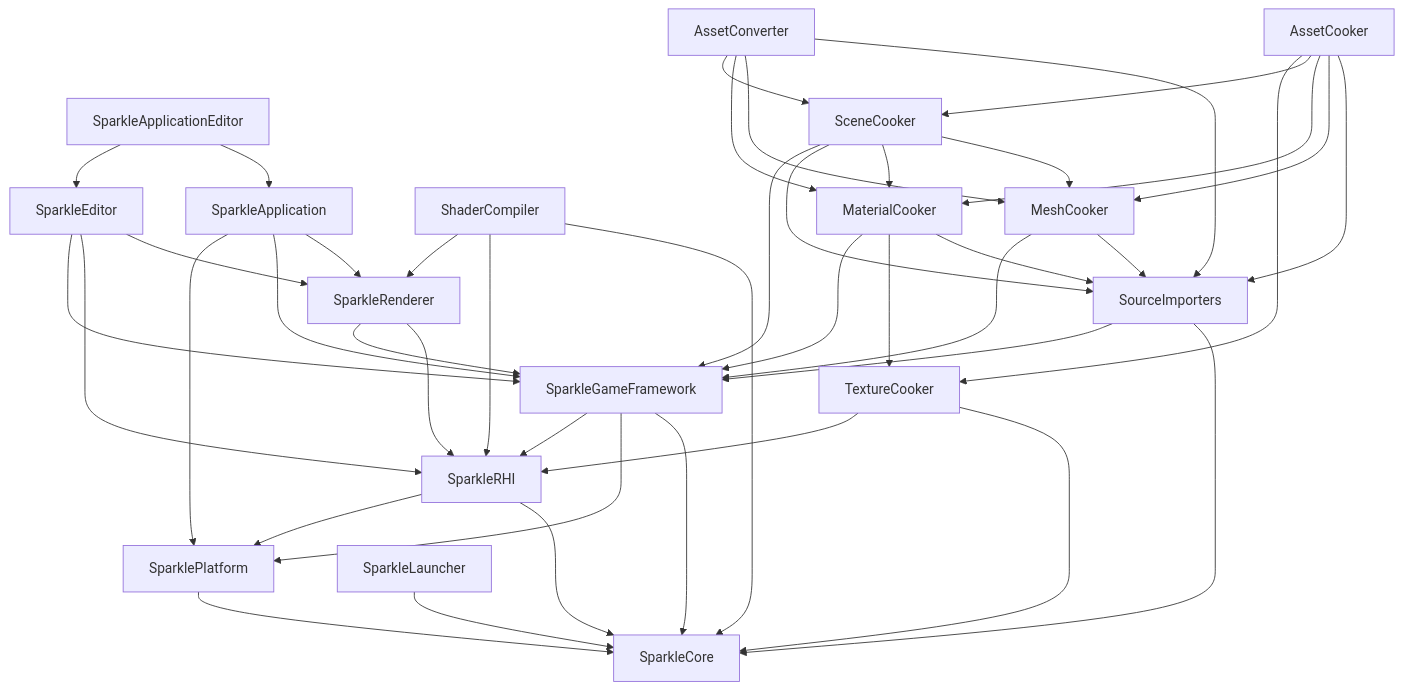
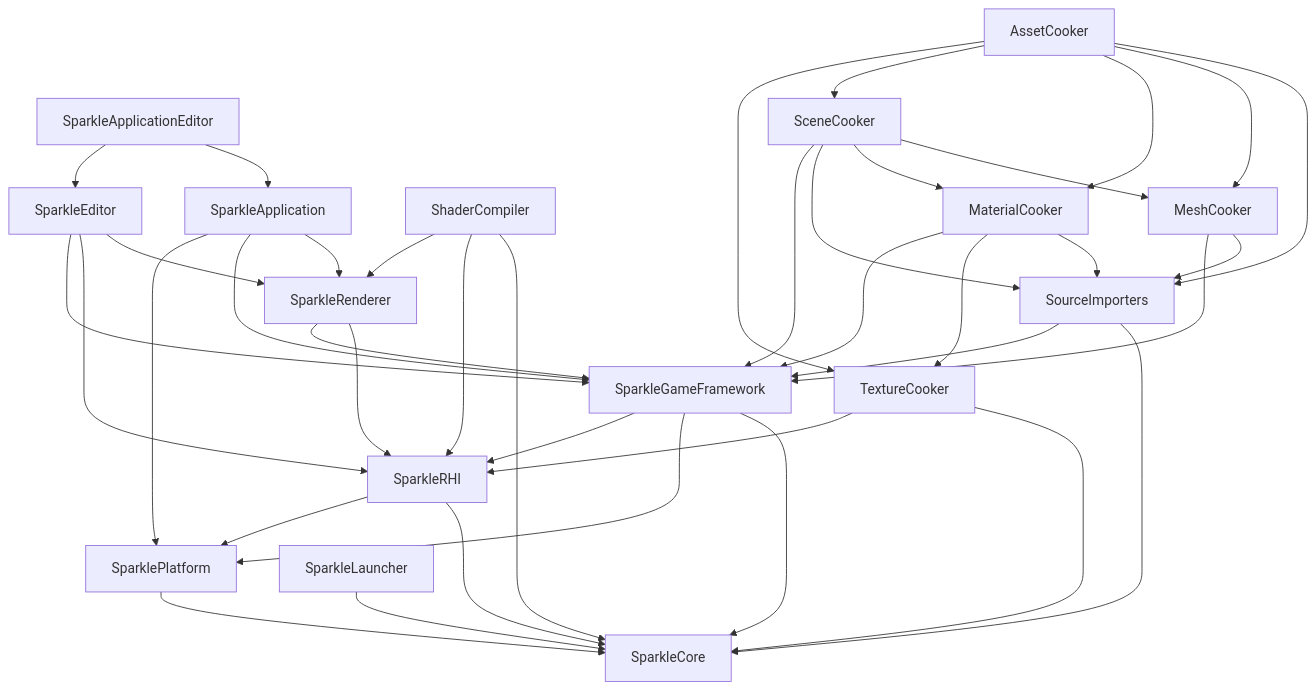
Before and after one commit to stoleckipawel/SparkleEngine: the diagram in docs/architecture/repository-system-map.md, drawn with Mermaid. The commit also changed other lines of this file and 31 other files, not shown here.

````diff
--- a/docs/architecture/repository-system-map.md
+++ b/docs/architecture/repository-system-map.md
@@ -66,65 +67,60 @@
 ```mermaid
 flowchart TD
     Core[SparkleCore]
     Platform[SparklePlatform]
     RHI[SparkleRHI]
     Renderer[SparkleRenderer]
     Game[SparkleGameFramework]
     Editor[SparkleEditor]
     App[SparkleApplication]
     AppEditor[SparkleApplicationEditor]
 
     Launcher[SparkleLauncher]
     ShaderCompiler[ShaderCompiler]
     Import[SourceImporters]
     Texture[TextureCooker]
     Mesh[MeshCooker]
     Material[MaterialCooker]
     Scene[SceneCooker]
     AssetCooker[AssetCooker]
-    Converter[AssetConverter]
 
     Platform --> Core
     RHI --> Core
     RHI --> Platform
     Renderer --> RHI
     Renderer --> Game
     Game --> Core
     Game --> Platform
     Game --> RHI
     Editor --> Renderer
     Editor --> RHI
     Editor --> Game
     App --> Renderer
     App --> Game
     App --> Platform
     AppEditor --> App
     AppEditor --> Editor
 
     Launcher --> Core
     ShaderCompiler --> Core
     ShaderCompiler --> RHI
     ShaderCompiler --> Renderer
     Import --> Core
     Import --> Game
     Texture --> Core
     Texture --> RHI
     Mesh --> Import
     Mesh --> Game
     Material --> Import
     Material --> Texture
     Material --> Game
     Scene --> Mesh
     Scene --> Material
     Scene --> Import
     Scene --> Game
     AssetCooker --> Import
     AssetCooker --> Mesh
     AssetCooker --> Material
     AssetCooker --> Scene
     AssetCooker --> Texture
-    Converter --> Import
-    Converter --> Mesh
-    Converter --> Material
-    Converter --> Scene
 ```
````
